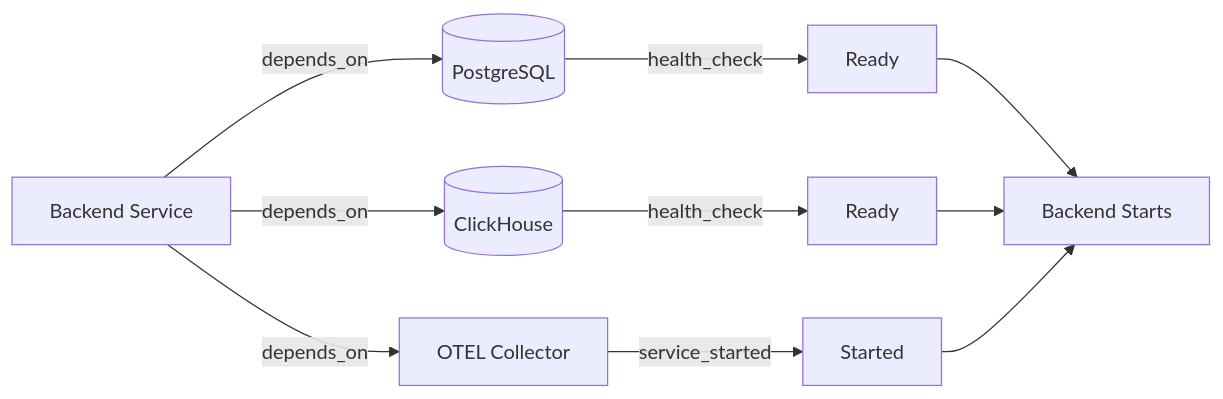
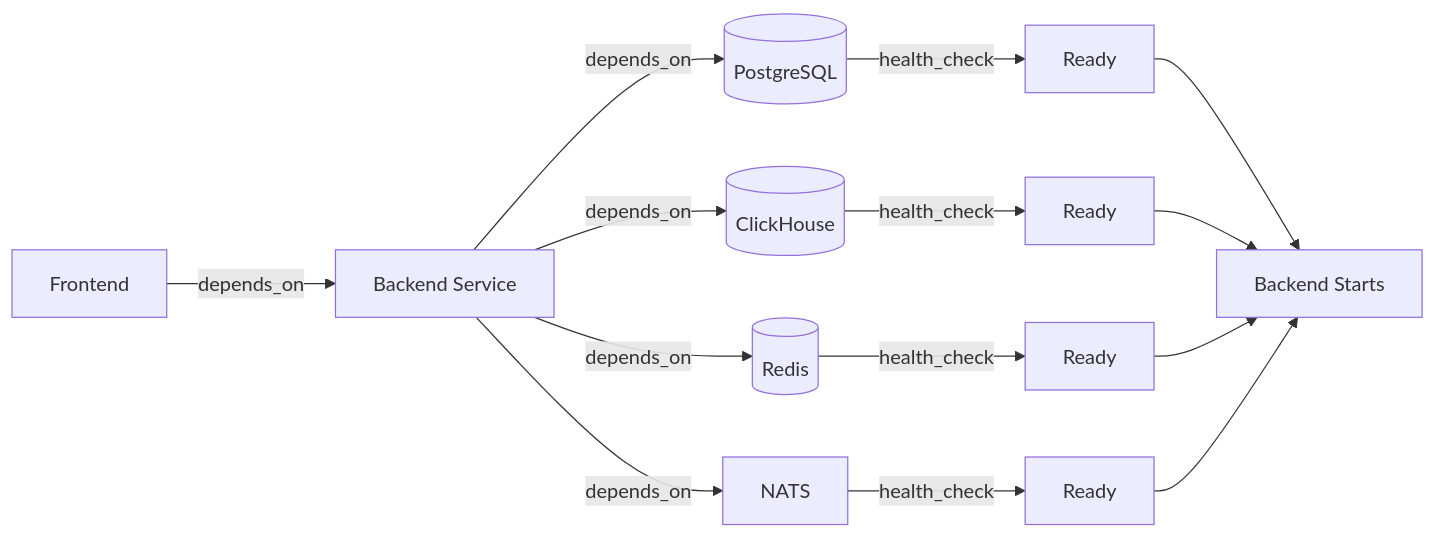
One commit to telemetryflow/telemetryflow-core changed diagram 23 of 30 in docs/CORE_MODULES.md. Above: the diagram before and after it, drawn with Mermaid. The commit also changed other lines of this file and 2428 other files, not shown here.

````diff
--- a/docs/CORE_MODULES.md
+++ b/docs/CORE_MODULES.md
@@ -669,19 +929,25 @@
 ```mermaid
 graph LR
     Backend[Backend Service]
+    FE[Frontend]
     PG[(PostgreSQL)]
     CH[(ClickHouse)]
-    OTEL[OTEL Collector]
+    Redis[(Redis)]
+    NATS[NATS]
 
     Backend -->|depends_on| PG
     Backend -->|depends_on| CH
-    Backend -->|depends_on| OTEL
+    Backend -->|depends_on| Redis
+    Backend -->|depends_on| NATS
+    FE -->|depends_on| Backend
 
     PG -->|health_check| Ready1[Ready]
     CH -->|health_check| Ready2[Ready]
-    OTEL -->|service_started| Ready3[Started]
+    Redis -->|health_check| Ready3[Ready]
+    NATS -->|health_check| Ready4[Ready]
 
     Ready1 --> Start[Backend Starts]
     Ready2 --> Start
     Ready3 --> Start
+    Ready4 --> Start
 ```
````
